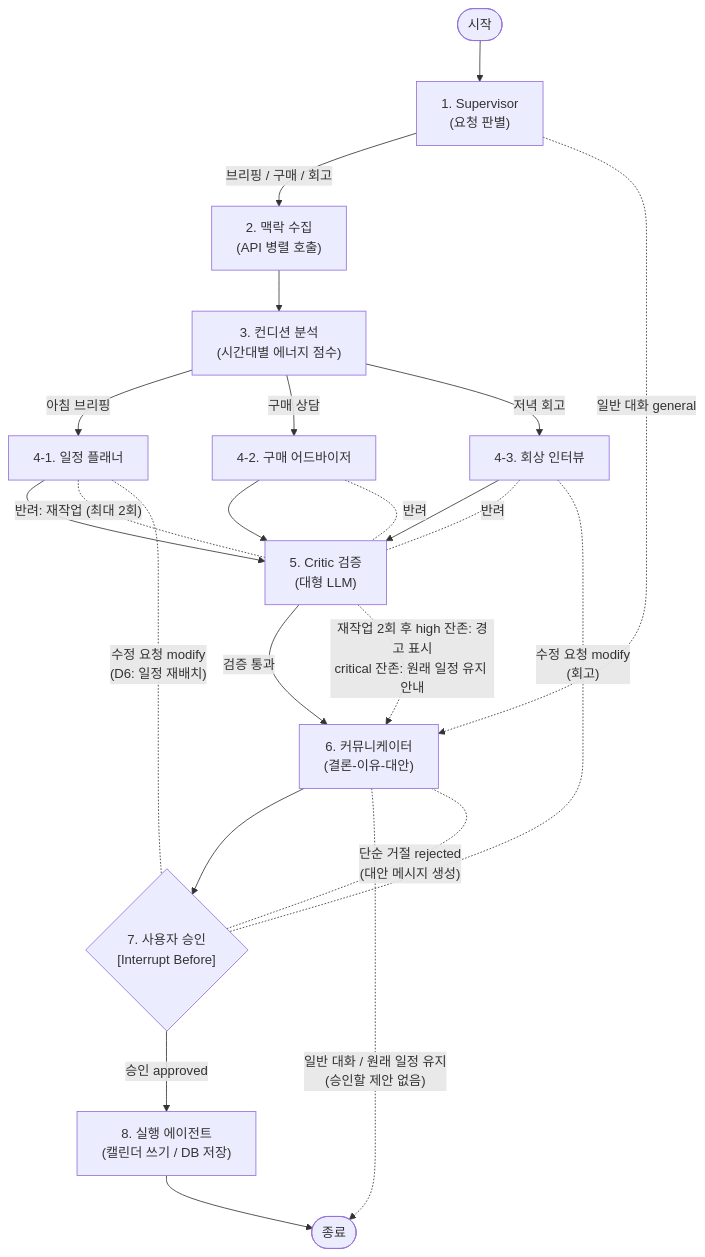
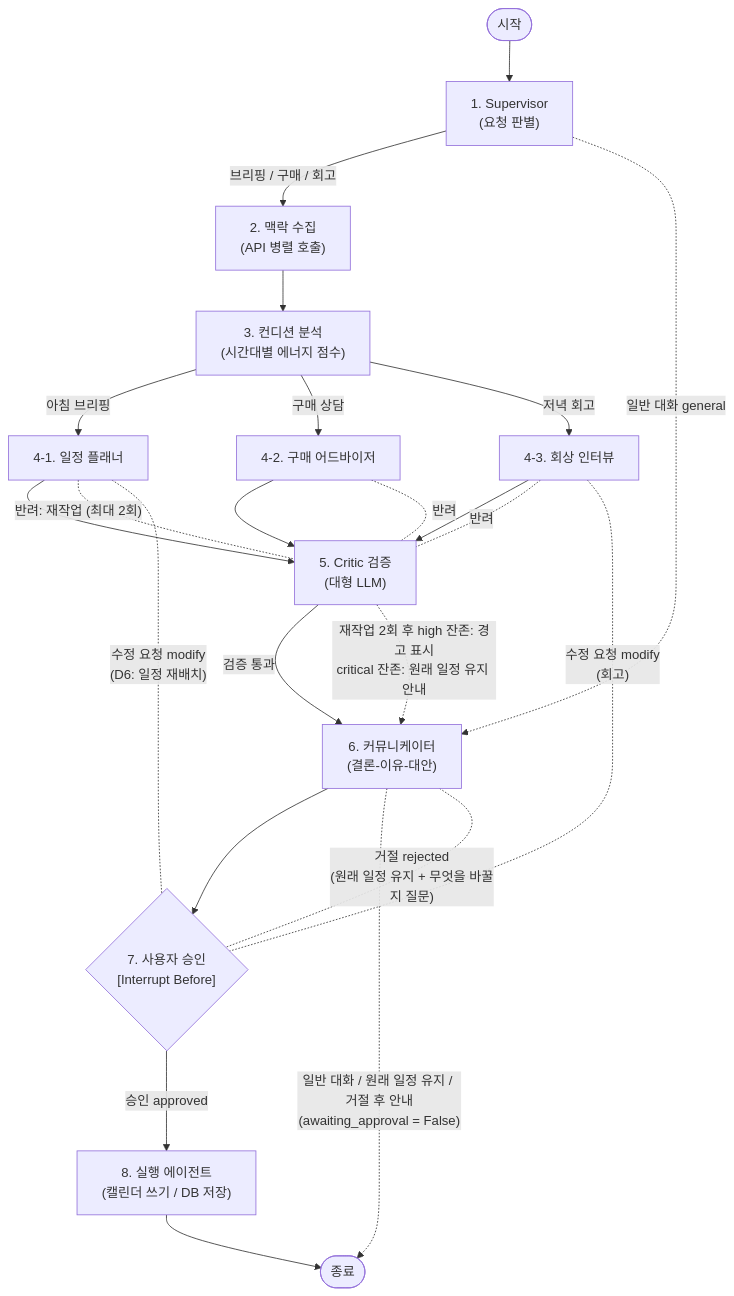
One commit to fcburf/personal-agent-core changed the diagram in README.md. Above: the diagram before and after it, drawn with Mermaid. The commit also changed other lines of this file and 3 other files, not shown here.

````diff
--- a/README.md
+++ b/README.md
@@ -18,28 +18,28 @@
 ```mermaid
 flowchart TD
     %% 메인 흐름(실선)을 먼저 선언: Mermaid는 선언 순서·화살표 방향으로 층을 배치함
     Start([시작]) --> Supervisor["1. Supervisor<br/>(요청 판별)"]
     Supervisor -->|브리핑 / 구매 / 회고| Context["2. 맥락 수집<br/>(API 병렬 호출)"]
     Context --> Condition["3. 컨디션 분석<br/>(시간대별 에너지 점수)"]
     Condition -->|아침 브리핑| Planner["4-1. 일정 플래너"]
     Condition -->|구매 상담| Advisor["4-2. 구매 어드바이저"]
     Condition -->|저녁 회고| Interview["4-3. 회상 인터뷰"]
     Planner --> Critic["5. Critic 검증<br/>(대형 LLM)"]
     Advisor --> Critic
     Interview --> Critic
     Critic -->|검증 통과| Communicator["6. 커뮤니케이터<br/>(결론-이유-대안)"]
     Communicator --> UserApproval{"7. 사용자 승인<br/>[Interrupt Before]"}
     UserApproval -->|승인 approved| ActionExecutor["8. 실행 에이전트<br/>(캘린더 쓰기 / DB 저장)"]
     ActionExecutor --> End([종료])
 
     %% 분기·루프(점선). 되돌아가는 화살표는 "A <-.- B"로 써서 배치가 꼬이지 않게 함
     Supervisor -.->|일반 대화 general| Communicator
     Planner <-.-|"반려: 재작업 (최대 2회)"| Critic
     Advisor <-.-|반려| Critic
     Interview <-.-|반려| Critic
     Critic -.->|"재작업 2회 후 high 잔존: 경고 표시<br/>critical 잔존: 원래 일정 유지 안내"| Communicator
     Planner <-.-|"수정 요청 modify<br/>(D6: 일정 재배치)"| UserApproval
     Interview <-.-|"수정 요청 modify<br/>(회고)"| UserApproval
-    Communicator -.->|"일반 대화 / 원래 일정 유지<br/>(승인할 제안 없음)"| End
-    Communicator <-.-|"단순 거절 rejected<br/>(대안 메시지 생성)"| UserApproval
+    Communicator -.->|"일반 대화 / 원래 일정 유지 / 거절 후 안내<br/>(awaiting_approval = False)"| End
+    Communicator <-.-|"거절 rejected<br/>(원래 일정 유지 + 무엇을 바꿀지 질문)"| UserApproval
 ```
````
